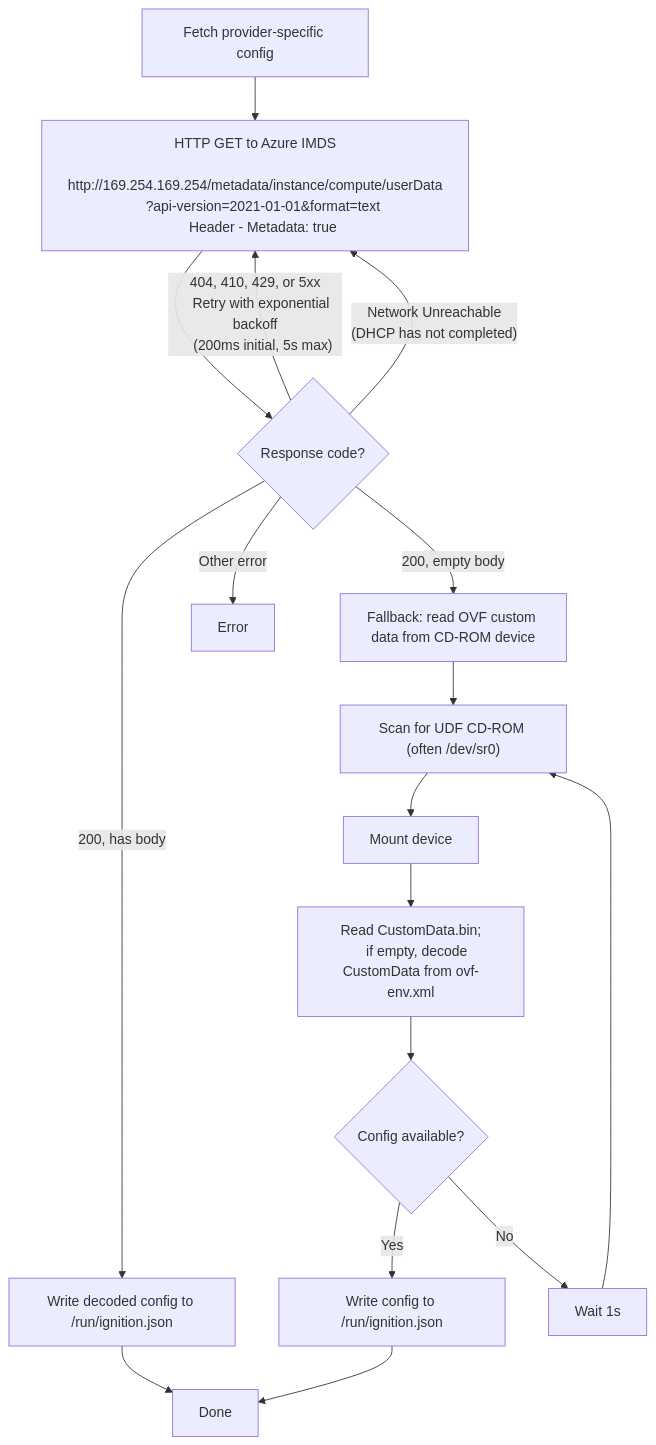
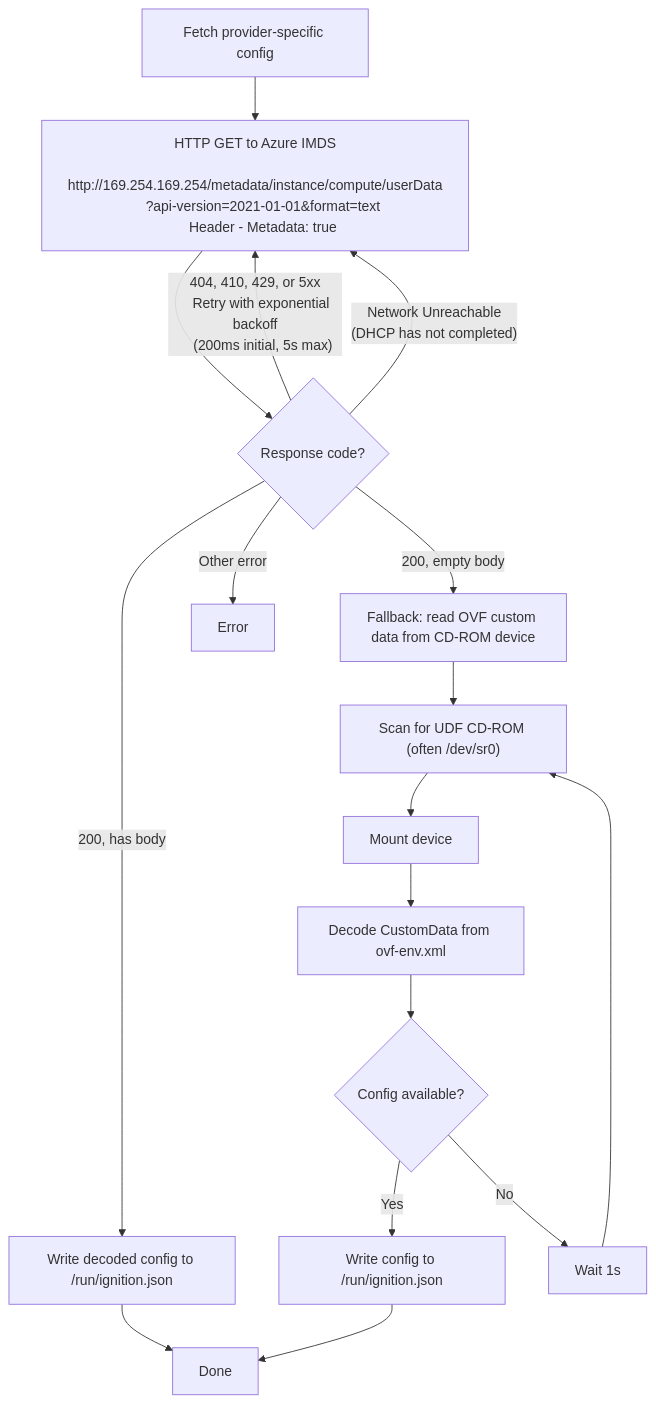
Before and after one commit to coreos/ignition: the second of 2 diagrams in docs/ignition-flow.md, drawn with Mermaid. The commit also changed 3 other files, not shown here.

Commit message:
azure: drop CustomData.bin in favor of ovf-env.xml

````diff
--- a/docs/ignition-flow.md
+++ b/docs/ignition-flow.md
@@ -137,30 +137,29 @@
 ```mermaid
 flowchart TB
     %% ===== AZURE PROVIDER-SPECIFIC CONFIG FETCH =====
 
     start["Fetch provider-specific config"] --> imds_request["HTTP GET to Azure IMDS
     http://169.254.169.254/metadata/instance/compute/userData
     ?api-version=2021-01-01&format=text
     Header - Metadata: true"]
 
     imds_request --> imds_retry{"Response code?"}
     imds_retry -->|"404, 410, 429, or 5xx
     Retry with exponential backoff
     (200ms initial, 5s max)"| imds_request
     imds_retry -->|"Network Unreachable
     (DHCP has not completed)"| imds_request
     imds_retry -->|200, empty body| fallback_ovf
     imds_retry -->|200, has body| write_config["Write decoded config to /run/ignition.json"]
     imds_retry -->|Other error| error["Error"]
     write_config --> done["Done"]
 
     fallback_ovf["Fallback: read OVF custom data from CD-ROM device"]
     fallback_ovf --> scan["Scan for UDF CD-ROM (often /dev/sr0)"]
     scan --> mount["Mount device"]
-    mount --> read["Read CustomData.bin;
-    if empty, decode CustomData from ovf-env.xml"]
+    mount --> read["Decode CustomData from ovf-env.xml"]
     read --> available{"Config available?"}
     available -->|Yes| write_device["Write config to /run/ignition.json"]
     write_device --> done
     available -->|No| wait["Wait 1s"] --> scan
 ```
````
